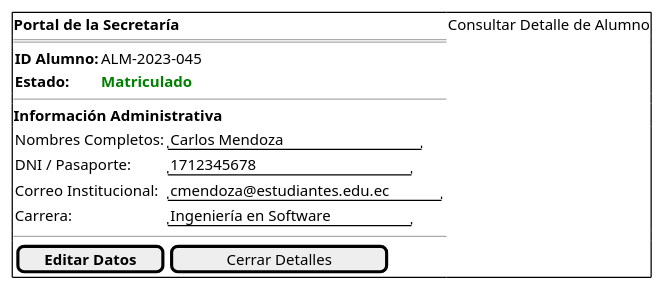
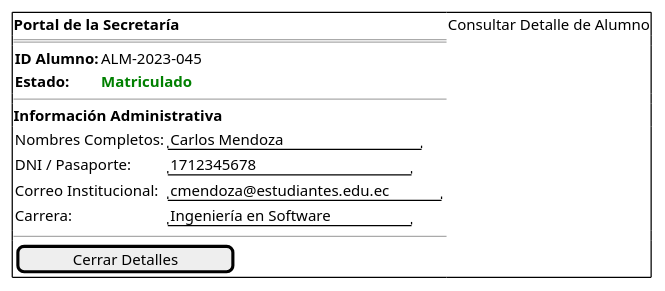
One commit to enmabry/25-26-IdSw1-SdR changed the diagram in documents/CasosDeUso/Prototipos/Secretaria/consultarDetalleAlumno.puml. Above: the diagram before and after it, drawn with PlantUML. The commit also changed 43 other files, not shown here.

```diff
--- a/documents/CasosDeUso/Prototipos/Secretaria/consultarDetalleAlumno.puml
+++ b/documents/CasosDeUso/Prototipos/Secretaria/consultarDetalleAlumno.puml
@@ -1,22 +1,22 @@
 @startsalt
 {+
   <b>Portal de la Secretaría | Consultar Detalle de Alumno
   ==
   {
     <b>ID Alumno: | ALM-2023-045
     <b>Estado: | <b><color:green>Matriculado</color>
   }
   --
   <b>Información Administrativa
   {
     Nombres Completos: | "Carlos Mendoza           "
     DNI / Pasaporte: | "1712345678              "
     Correo Institucional: | "cmendoza@estudiantes.edu.ec"
     Carrera: | "Ingeniería en Software  "
   }
   --
   {
-    [ <b>Editar Datos</b> ] | [   Cerrar Detalles   ]
+    [   Cerrar Detalles   ]
   }
 }
 @endsalt
```
